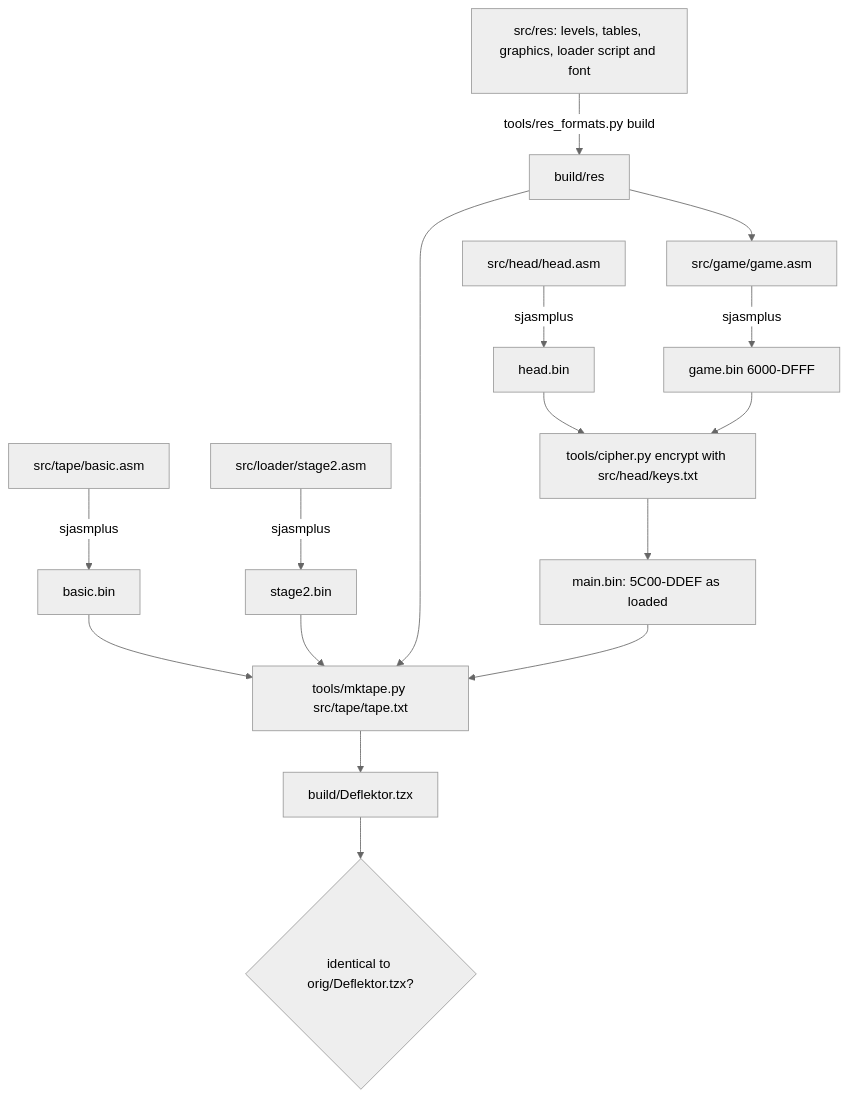
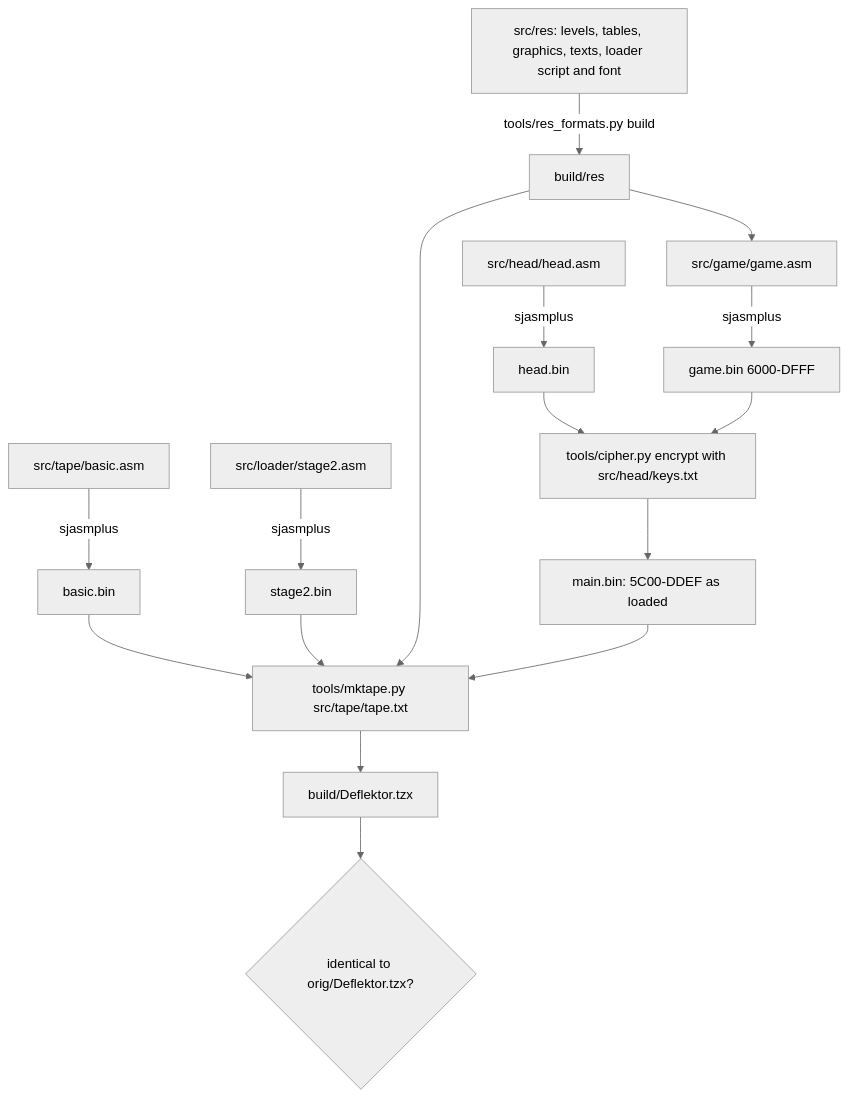
One commit to alfishe/unrealng-reverse-cases changed the fourth of 4 diagrams in games/deflektor/docs/03-build-and-load.md. Above: the diagram before and after it, drawn with Mermaid (neutral theme). The commit also changed other lines of this file and 71 other files, not shown here.

````diff
--- a/games/deflektor/docs/03-build-and-load.md
+++ b/games/deflektor/docs/03-build-and-load.md
@@ -303,18 +303,18 @@
 ```mermaid
 flowchart TD
-    R[src/res: levels, tables, graphics, loader script and font] -->|tools/res_formats.py build| RB[build/res]
+    R[src/res: levels, tables, graphics, texts, loader script and font] -->|tools/res_formats.py build| RB[build/res]
     BA[src/tape/basic.asm] -->|sjasmplus| B1[basic.bin]
     L2[src/loader/stage2.asm] -->|sjasmplus| B2[stage2.bin]
     HD[src/head/head.asm] -->|sjasmplus| B3[head.bin]
     GA[src/game/game.asm] -->|sjasmplus| B4[game.bin 6000-DFFF]
     RB --> GA
     B3 --> CI[tools/cipher.py encrypt with src/head/keys.txt]
     B4 --> CI
     CI --> M[main.bin: 5C00-DDEF as loaded]
     B1 --> MT[tools/mktape.py src/tape/tape.txt]
     B2 --> MT
     RB --> MT
     M --> MT
     MT --> T[build/Deflektor.tzx]
     T --> CMP{identical to orig/Deflektor.tzx?}
 ```
````
